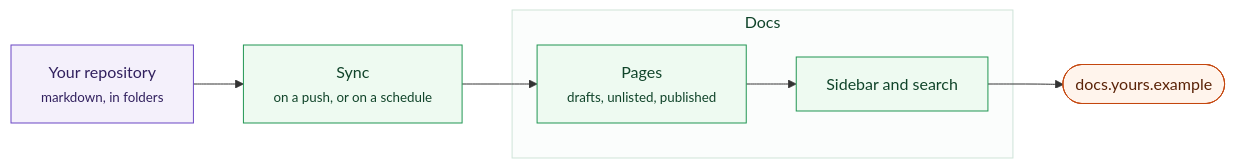
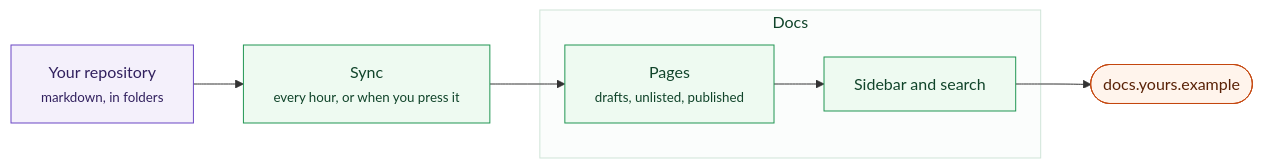
Before and after one commit to Sentrello/Sentrello: the first of 2 diagrams in docs/site/05-modules/docs.md, drawn with Mermaid. The commit also changed 1 other file, not shown here.

````diff
--- a/docs/site/05-modules/docs.md
+++ b/docs/site/05-modules/docs.md
@@ -18,17 +18,17 @@
 ```mermaid
 flowchart LR
   classDef screen fill:#eef4ff,stroke:#3b6fd4,color:#16305e
   classDef own fill:#eefaf1,stroke:#219653,color:#10442a
   classDef out fill:#f4f0fb,stroke:#6b47c4,color:#31205e
   classDef pub fill:#fff4ec,stroke:#c4470f,color:#5a2207
   REPO["Your repository<br/><small>markdown, in folders</small>"]:::out
-  SYNC["Sync<br/><small>on a push, or on a schedule</small>"]:::own
+  SYNC["Sync<br/><small>every hour, or when you press it</small>"]:::own
   subgraph OWN[" Docs "]
     PAGES["Pages<br/><small>drafts, unlisted, published</small>"]:::own
     NAV["Sidebar and search"]:::own
   end
   SITE(["docs.yours.example"]):::pub
 
   REPO --> SYNC --> PAGES --> NAV --> SITE
   style OWN fill:#fbfdfc,stroke:#cfe4d8,color:#10442a
 ```
````
